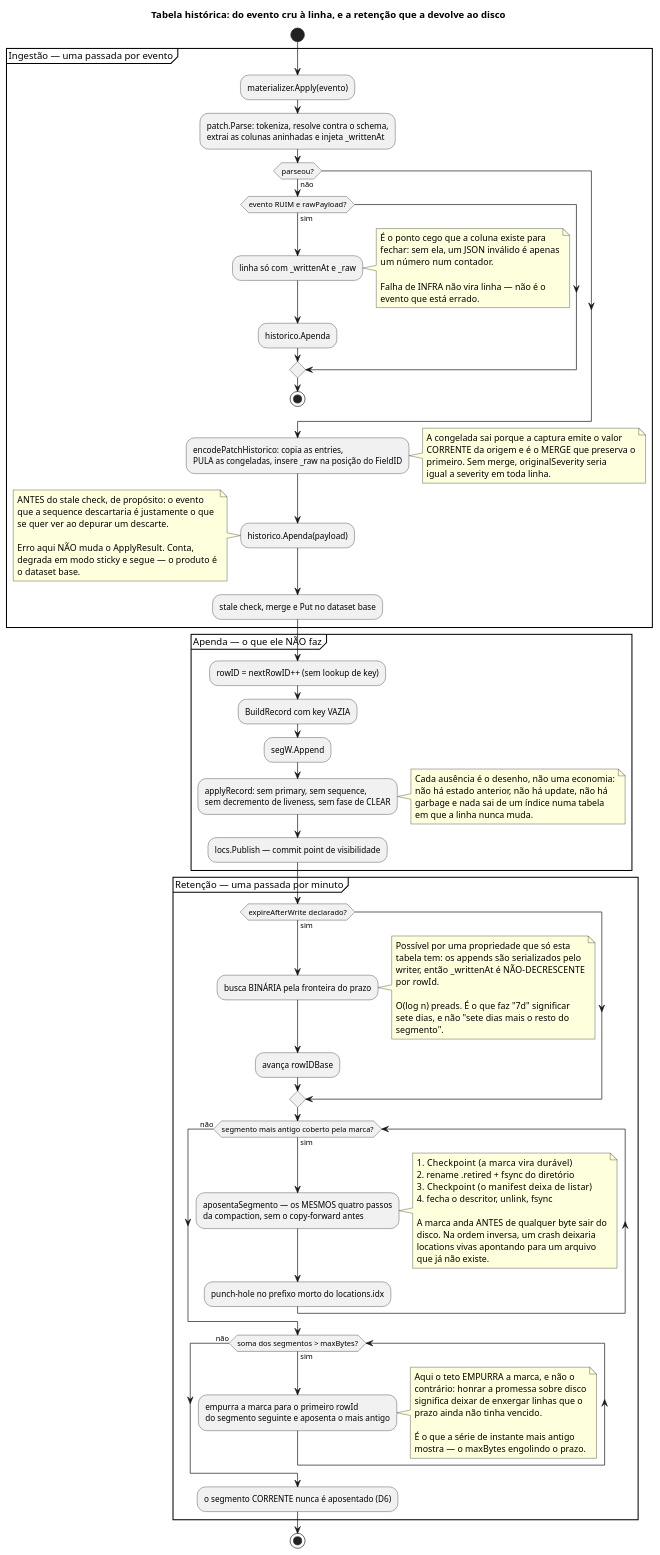
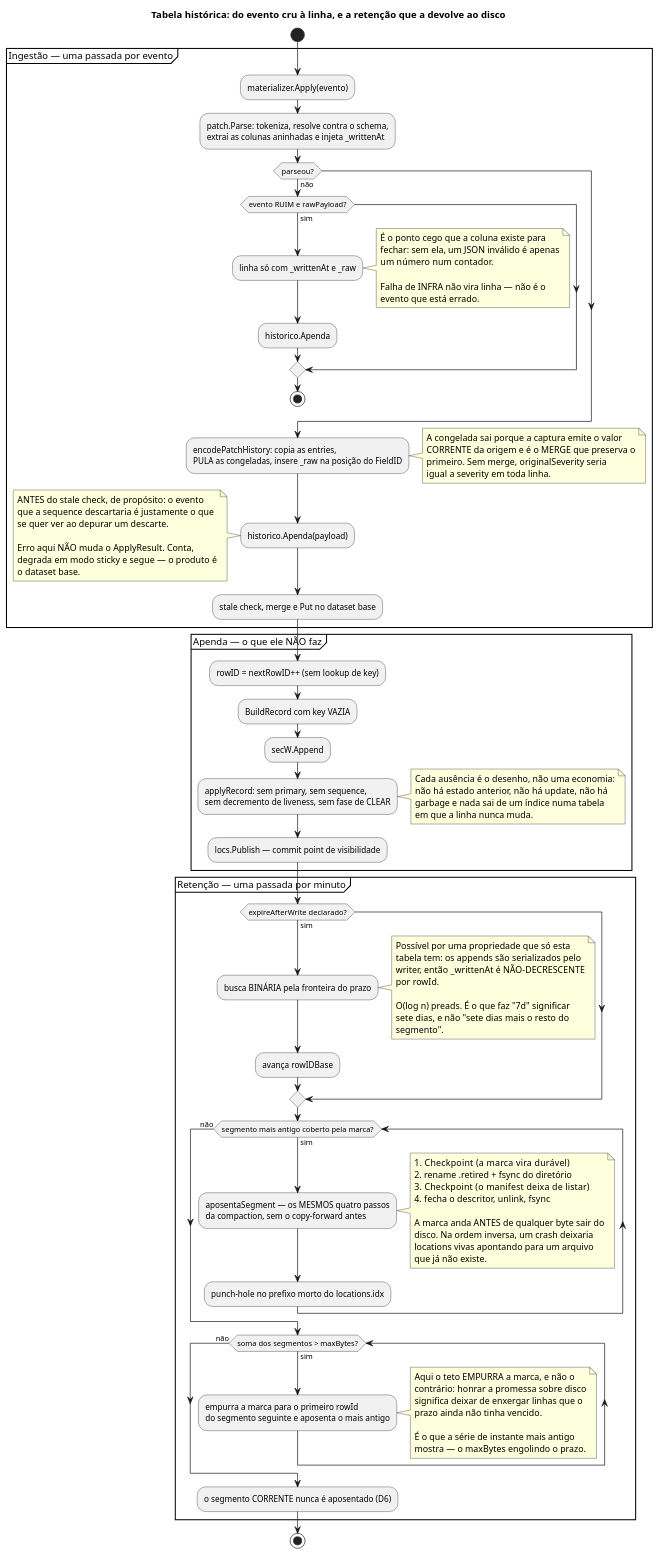
Before and after one commit to nishisan-dev/nishidb: the diagram in docs/diagrams/historico_flow.puml, drawn with PlantUML. The commit also changed 360 other files, not shown here.

```diff
--- a/docs/diagrams/historico_flow.puml
+++ b/docs/diagrams/historico_flow.puml
@@ -1,110 +1,110 @@
 @startuml historico_flow
 title Tabela histórica: do evento cru à linha, e a retenção que a devolve ao disco
 
 start
 
 partition "Ingestão — uma passada por evento" {
   :materializer.Apply(evento);
   :patch.Parse: tokeniza, resolve contra o schema,
   extrai as colunas aninhadas e injeta _writtenAt;
   if (parseou?) then (não)
     if (evento RUIM e rawPayload?) then (sim)
       :linha só com _writtenAt e _raw;
       note right
         É o ponto cego que a coluna existe para
         fechar: sem ela, um JSON inválido é apenas
         um número num contador.
 
         Falha de INFRA não vira linha — não é o
         evento que está errado.
       end note
       :historico.Apenda;
     endif
     stop
   endif
-  :encodePatchHistorico: copia as entries,
+  :encodePatchHistory: copia as entries,
   PULA as congeladas, insere _raw na posição do FieldID;
   note right
     A congelada sai porque a captura emite o valor
     CORRENTE da origem e é o MERGE que preserva o
     primeiro. Sem merge, originalSeverity seria
     igual a severity em toda linha.
   end note
   :historico.Apenda(payload);
   note left
     ANTES do stale check, de propósito: o evento
     que a sequence descartaria é justamente o que
     se quer ver ao depurar um descarte.
 
     Erro aqui NÃO muda o ApplyResult. Conta,
     degrada em modo sticky e segue — o produto é
     o dataset base.
   end note
   :stale check, merge e Put no dataset base;
 }
 
 partition "Apenda — o que ele NÃO faz" {
   :rowID = nextRowID++ (sem lookup de key);
   :BuildRecord com key VAZIA;
-  :segW.Append;
+  :secW.Append;
   :applyRecord: sem primary, sem sequence,
   sem decremento de liveness, sem fase de CLEAR;
   note right
     Cada ausência é o desenho, não uma economia:
     não há estado anterior, não há update, não há
     garbage e nada sai de um índice numa tabela
     em que a linha nunca muda.
   end note
   :locs.Publish — commit point de visibilidade;
 }
 
 partition "Retenção — uma passada por minuto" {
   if (expireAfterWrite declarado?) then (sim)
     :busca BINÁRIA pela fronteira do prazo;
     note right
       Possível por uma propriedade que só esta
       tabela tem: os appends são serializados pelo
       writer, então _writtenAt é NÃO-DECRESCENTE
       por rowId.
 
       O(log n) preads. É o que faz "7d" significar
       sete dias, e não "sete dias mais o resto do
       segmento".
     end note
     :avança rowIDBase;
   endif
   while (segmento mais antigo coberto pela marca?) is (sim)
-    :aposentaSegmento — os MESMOS quatro passos
+    :aposentaSegment — os MESMOS quatro passos
     da compaction, sem o copy-forward antes;
     note right
       1. Checkpoint    (a marca vira durável)
       2. rename .retired + fsync do diretório
       3. Checkpoint    (o manifest deixa de listar)
       4. fecha o descritor, unlink, fsync
 
       A marca anda ANTES de qualquer byte sair do
       disco. Na ordem inversa, um crash deixaria
       locations vivas apontando para um arquivo
       que já não existe.
     end note
     :punch-hole no prefixo morto do locations.idx;
   endwhile (não)
   while (soma dos segmentos > maxBytes?) is (sim)
     :empurra a marca para o primeiro rowId
     do segmento seguinte e aposenta o mais antigo;
     note right
       Aqui o teto EMPURRA a marca, e não o
       contrário: honrar a promessa sobre disco
       significa deixar de enxergar linhas que o
       prazo ainda não tinha vencido.
 
       É o que a série de instante mais antigo
       mostra — o maxBytes engolindo o prazo.
     end note
   endwhile (não)
   :o segmento CORRENTE nunca é aposentado (D6);
 }
 
 stop
 
 @enduml
```
